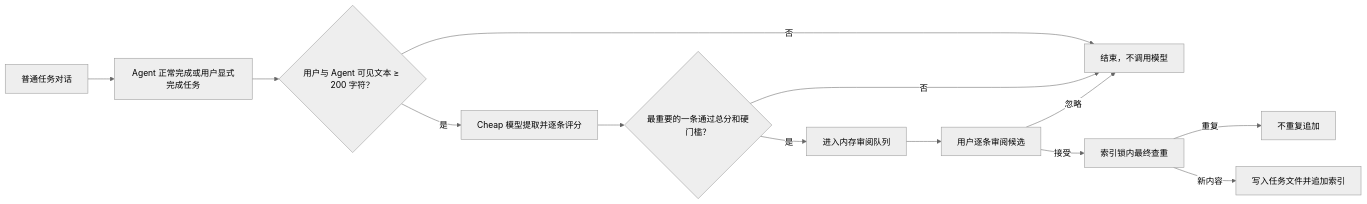
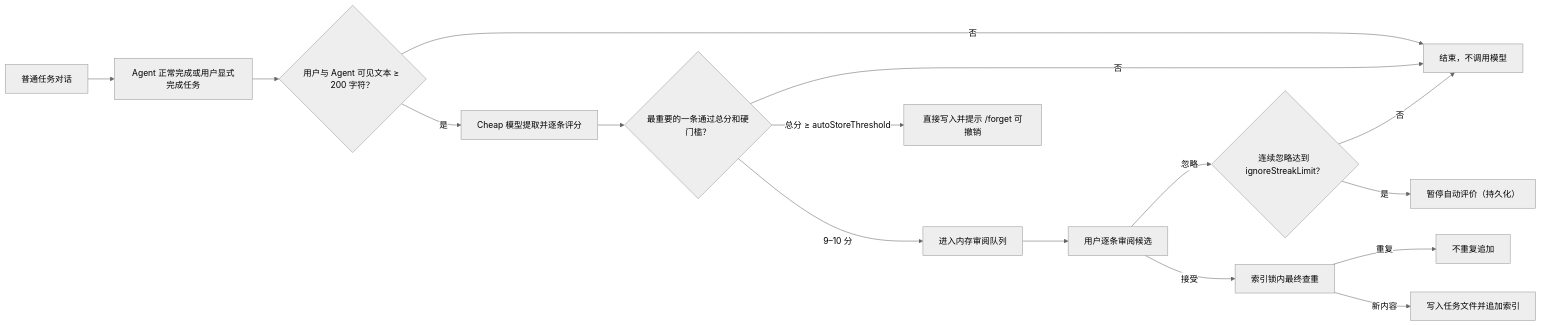
Before and after one commit to YachuanWzh/flavor-code: the diagram in docs/superpowers/specs/2026-07-22-task-memory-v2-design.md, drawn with Mermaid (neutral theme). The commit also changed other lines of this file and 18 other files, not shown here.

````diff
--- a/docs/superpowers/specs/2026-07-22-task-memory-v2-design.md
+++ b/docs/superpowers/specs/2026-07-22-task-memory-v2-design.md
@@ -24,15 +24,18 @@
 ```mermaid
 flowchart LR
     A["普通任务对话"] --> B["Agent 正常完成或用户显式完成任务"]
     B --> C{"用户与 Agent 可见文本 ≥ 200 字符？"}
     C -->|否| Z["结束，不调用模型"]
     C -->|是| D["Cheap 模型提取并逐条评分"]
     D --> E{"最重要的一条通过总分和硬门槛？"}
     E -->|否| Z
-    E -->|是| F["进入内存审阅队列"]
+    E -->|总分 ≥ autoStoreThreshold| K["直接写入并提示 /forget 可撤销"]
+    E -->|9–10 分| F["进入内存审阅队列"]
     F --> G["用户逐条审阅候选"]
-    G -->|忽略| Z
+    G -->|忽略| L{"连续忽略达到 ignoreStreakLimit？"}
+    L -->|否| Z
+    L -->|是| M["暂停自动评价（持久化）"]
     G -->|接受| H["索引锁内最终查重"]
     H -->|重复| I["不重复追加"]
     H -->|新内容| J["写入任务文件并追加索引"]
 ```
````
